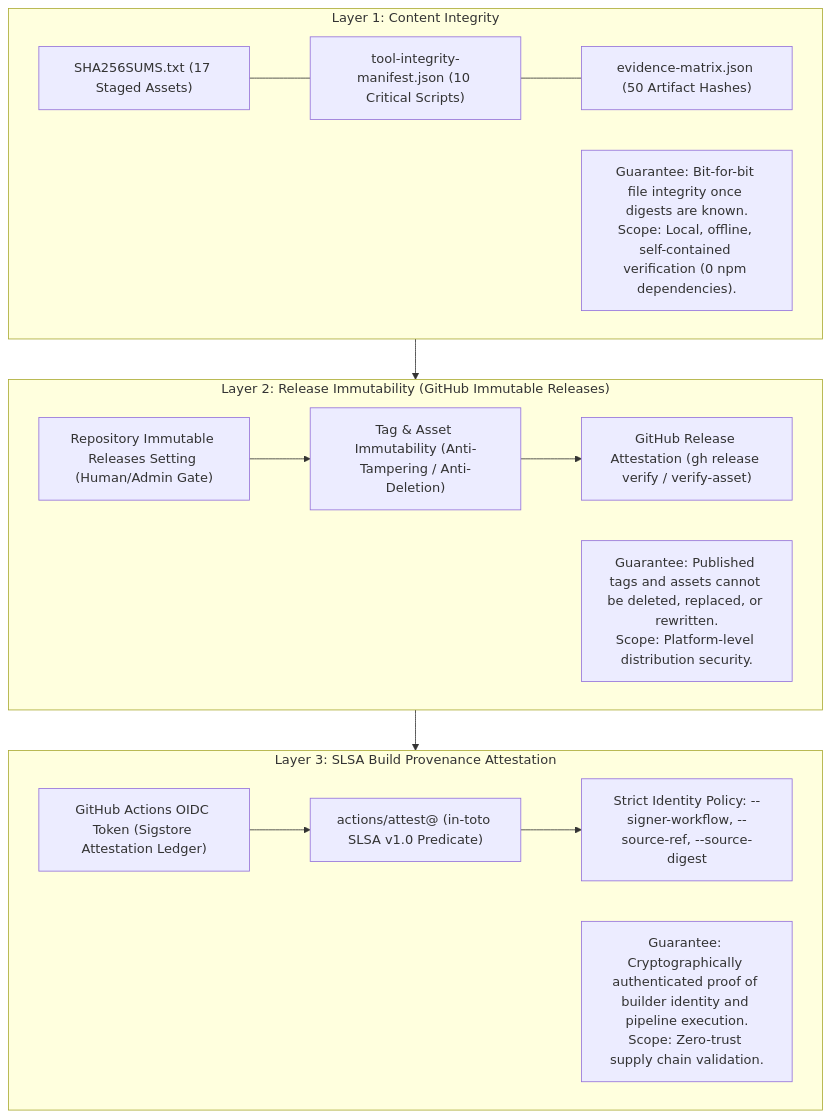
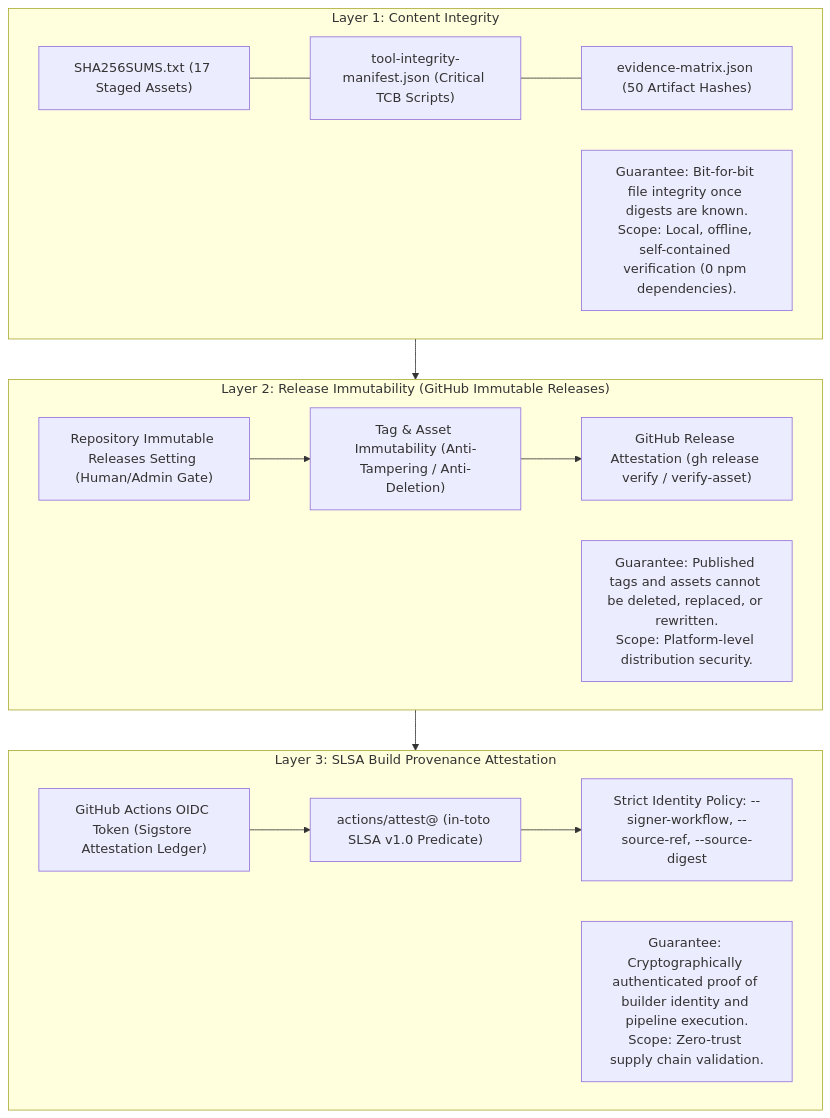
The first of 2 diagrams in docs/rfcs/0001-track-c-supply-chain-provenance.md (arcobaleno64/agy-security-audit), drawn with Mermaid before and after one commit. The commit also changed other lines of this file and 7 other files, not shown here.

Commit message:
fix(tcb): isolate cloudflare adapter from repoRoot fallback and pin in critical manifest

````diff
--- a/docs/rfcs/0001-track-c-supply-chain-provenance.md
+++ b/docs/rfcs/0001-track-c-supply-chain-provenance.md
@@ -45,28 +45,28 @@
 ```mermaid
 flowchart TD
     subgraph Layer_1 ["Layer 1: Content Integrity"]
         L1A["SHA256SUMS.txt (17 Staged Assets)"]
-        L1B["tool-integrity-manifest.json (10 Critical Scripts)"]
+        L1B["tool-integrity-manifest.json (Critical TCB Scripts)"]
         L1C["evidence-matrix.json (50 Artifact Hashes)"]
         L1A --- L1B --- L1C
         L1_Desc["Guarantee: Bit-for-bit file integrity once digests are known.<br/>Scope: Local, offline, self-contained verification (0 npm dependencies)."]
     end
 
     subgraph Layer_2 ["Layer 2: Release Immutability (GitHub Immutable Releases)"]
         L2A["Repository Immutable Releases Setting (Human/Admin Gate)"]
         L2B["Tag & Asset Immutability (Anti-Tampering / Anti-Deletion)"]
         L2C["GitHub Release Attestation (gh release verify / verify-asset)"]
         L2A --> L2B --> L2C
         L2_Desc["Guarantee: Published tags and assets cannot be deleted, replaced, or rewritten.<br/>Scope: Platform-level distribution security."]
     end
 
     subgraph Layer_3 ["Layer 3: SLSA Build Provenance Attestation"]
         L3A["GitHub Actions OIDC Token (Sigstore Attestation Ledger)"]
         L3B["actions/attest@<PINNED_SHA> (in-toto SLSA v1.0 Predicate)"]
         L3C["Strict Identity Policy: --signer-workflow, --source-ref, --source-digest"]
         L3A --> L3B --> L3C
         L3_Desc["Guarantee: Cryptographically authenticated proof of builder identity and pipeline execution.<br/>Scope: Zero-trust supply chain validation."]
     end
 
     Layer_1 --> Layer_2 --> Layer_3
 ```
````
